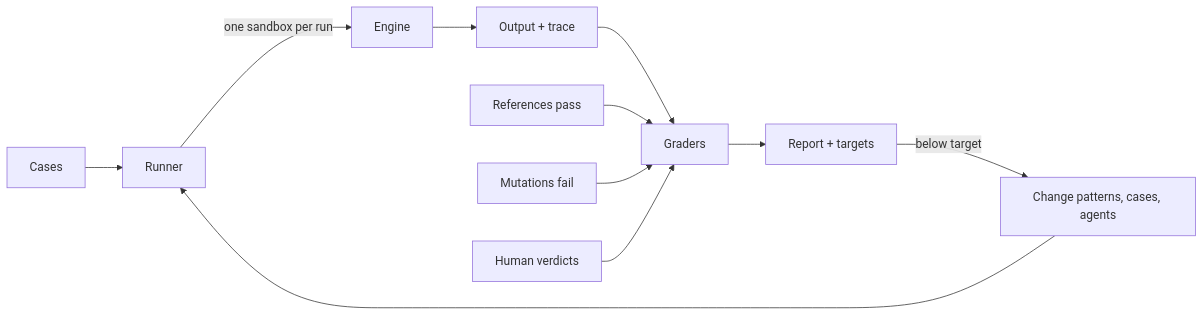
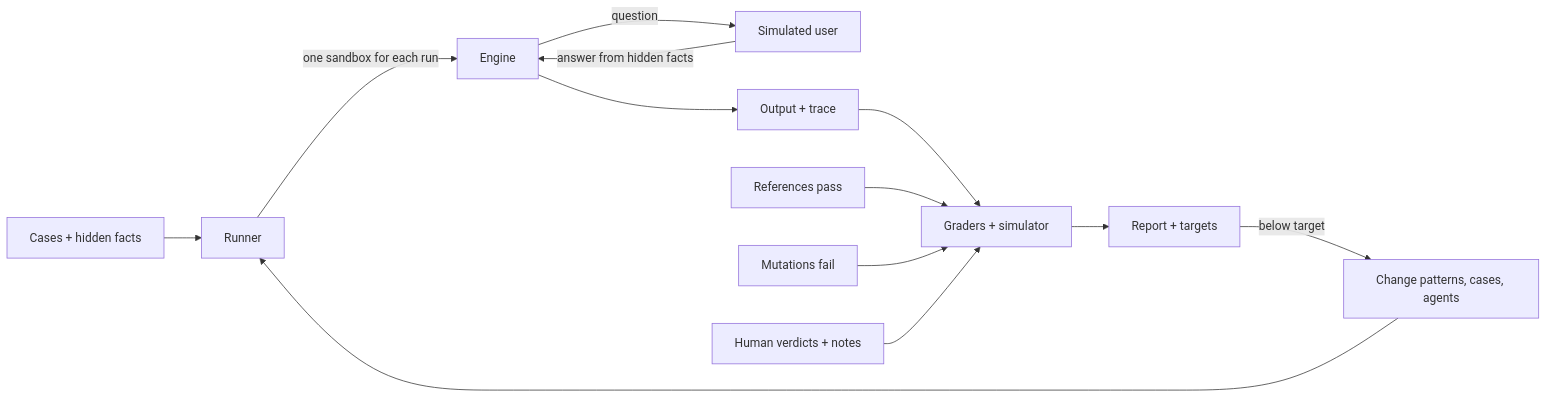
One commit to MgCohen/playground changed the fourth of 4 diagrams in pattern-engine/docs/design/architecture.md. Above: the diagram before and after it, drawn with Mermaid. The commit also changed other lines of this file and 114 other files, not shown here.

````diff
--- a/pattern-engine/docs/design/architecture.md
+++ b/pattern-engine/docs/design/architecture.md
@@ -85,13 +111,15 @@
 ```mermaid
 flowchart LR
-    CS[Cases] --> R[Runner]
-    R -->|one sandbox per run| ENG[Engine]
+    CS[Cases + hidden facts] --> R[Runner]
+    R -->|one sandbox for each run| ENG[Engine]
+    ENG -->|question| SU[Simulated user]
+    SU -->|answer from hidden facts| ENG
     ENG --> O[Output + trace]
-    O --> G[Graders]
+    O --> G[Graders + simulator]
     G --> RP[Report + targets]
     RF[References pass] --> G
     MU[Mutations fail] --> G
-    HV[Human verdicts] --> G
+    HV[Human verdicts + notes] --> G
     RP -->|below target| FIX[Change patterns, cases, agents]
     FIX --> R
 ```
````
